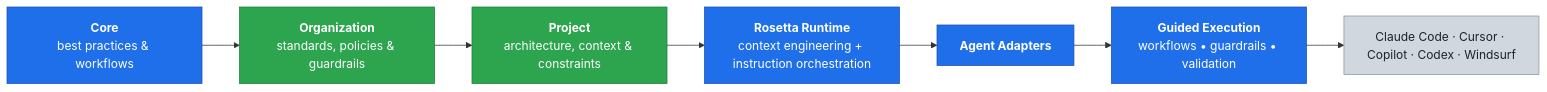
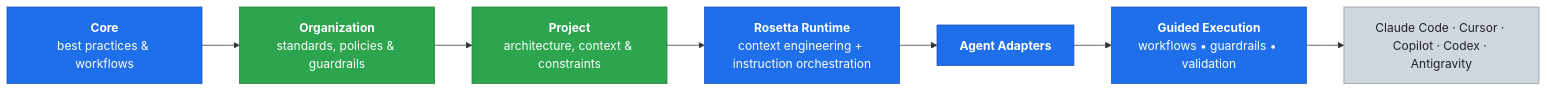
The second of 2 diagrams in README.md (atomicdjt/rosetta), drawn with Mermaid before and after one commit. The commit also changed other lines of this file and 365 other files, not shown here.

````diff
--- a/README.md
+++ b/README.md
@@ -86,16 +86,16 @@
 ```mermaid
 flowchart LR
     A["<b>Core</b><br/>best practices & workflows"] --> B["<b>Organization</b><br/>standards, policies & guardrails"]
     B --> C["<b>Project</b><br/>architecture, context & constraints"]
     C --> R["<b>Rosetta Runtime</b><br/>context engineering + instruction orchestration"]
     R --> AD["<b>Agent Adapters</b>"]
     AD --> G["<b>Guided Execution</b><br/>workflows • guardrails • validation"]
-    G --> T["Claude Code · Cursor · Copilot · Codex · Windsurf"]
+    G --> T["Claude Code · Cursor · Copilot · Codex · Antigravity"]
 
     classDef rosetta fill:#1f6feb,stroke:#1b4fb8,color:#ffffff;
     classDef yours fill:#2da44e,stroke:#1a7f37,color:#ffffff;
     classDef third fill:#d0d7de,stroke:#8c959f,color:#1f2328;
     class A,R,AD,G rosetta
     class B,C yours
     class T third
 ```
````
